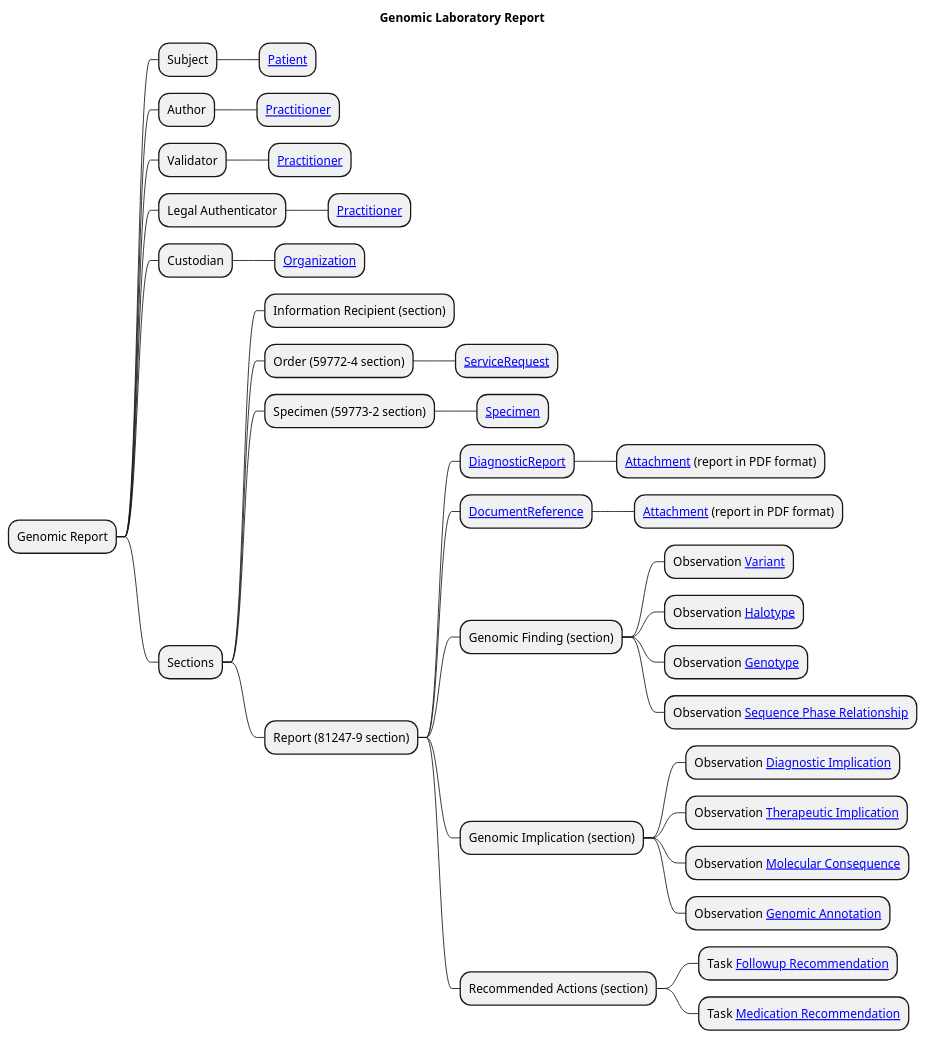
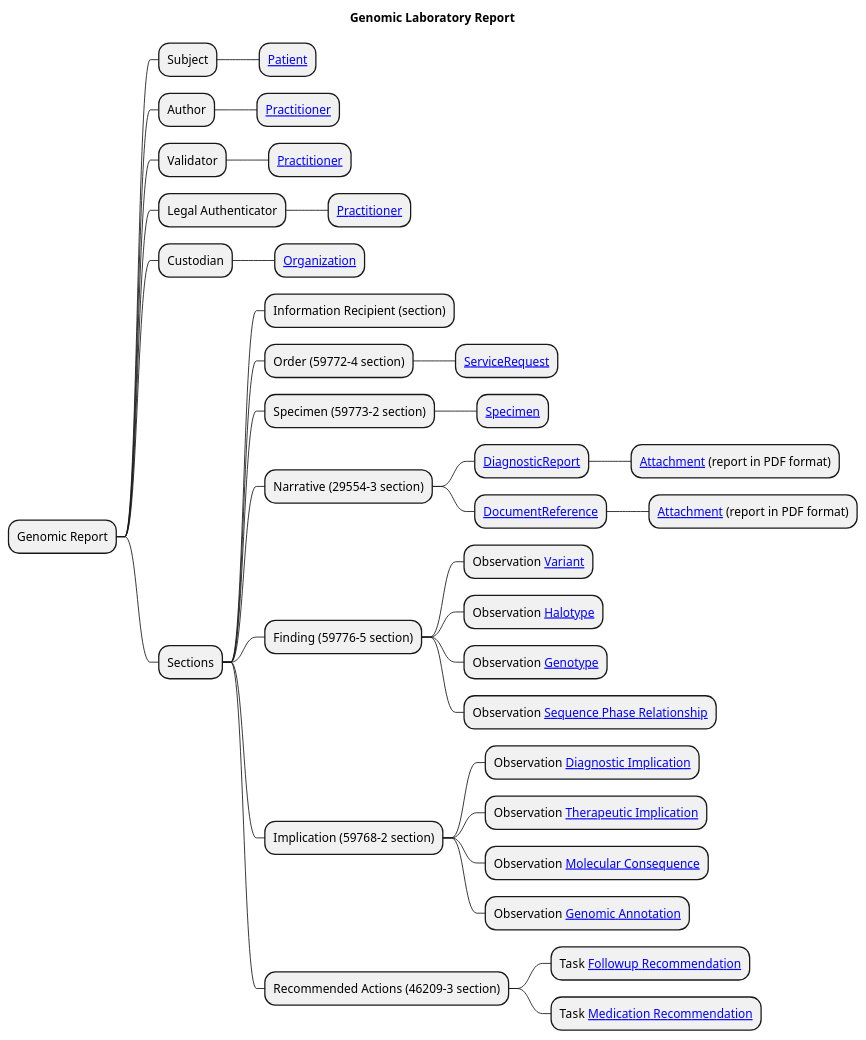
Before and after one commit to nw-gmsa/nw-gmsa.github.com: the diagram in input/images-source/LaboratoryReport-mindmap.plantuml, drawn with PlantUML. The commit also changed 1 other file, not shown here.

Commit message:
Initial elab for Genomic Report

```diff
--- a/input/images-source/LaboratoryReport-mindmap.plantuml
+++ b/input/images-source/LaboratoryReport-mindmap.plantuml
@@ -1,41 +1,41 @@
 @startmindmap
 
 title "Genomic Laboratory Report"
 
 * Genomic Report
 ** Subject
 *** [[StructureDefinition-Patient.html Patient]]
 ** Author
 *** [[StructureDefinition-Practitioner.html Practitioner]]
 ** Validator
 *** [[StructureDefinition-Practitioner.html Practitioner]]
 ** Legal Authenticator
 *** [[StructureDefinition-Practitioner.html Practitioner]]
 ** Custodian
 *** [[StructureDefinition-Organization.html Organization]]
 ** Sections
 *** Information Recipient (section)
 *** Order (59772-4 section)
 **** [[StructureDefinition-ServiceRequest.html ServiceRequest]]
 *** Specimen (59773-2 section)
 **** [[StructureDefinition-Specimen.html Specimen]]
-*** Report (81247-9 section)
+*** Narrative (29554-3 section)
 **** [[StructureDefinition-DiagnosticReport.html DiagnosticReport]]
 ***** [[StructureDefinition-NWAttachment.html Attachment]] (report in PDF format)
 **** [[StructureDefinition-DocumentReference.html DocumentReference]]
 ***** [[StructureDefinition-NWAttachment.html Attachment]] (report in PDF format)
-**** Genomic Finding (section)
-***** Observation [[StructureDefinition-Observation-Variant.html Variant]]
-***** Observation [[http://hl7.org/fhir/uv/genomics-reporting/StructureDefinition/haplotype Halotype]]
-***** Observation [[https://build.fhir.org/ig/HL7/genomics-reporting/StructureDefinition-genotype.html Genotype]]
-***** Observation [[http://hl7.org/fhir/uv/genomics-reporting/StructureDefinition/sequence-phase-relationship Sequence Phase Relationship]]
-**** Genomic Implication (section)
-***** Observation [[StructureDefinition-Observation-DiagnosticImplication.html Diagnostic Implication]]
-***** Observation [[StructureDefinition-Observation-TherapeuticImplication.html Therapeutic Implication]]
-***** Observation [[https://build.fhir.org/ig/HL7/genomics-reporting/StructureDefinition-molecular-consequence.html Molecular Consequence]]
-***** Observation [[https://build.fhir.org/ig/HL7/genomics-reporting/StructureDefinition-genomic-annotation.html Genomic Annotation]]
-**** Recommended Actions (section)
-***** Task [[https://build.fhir.org/ig/HL7/genomics-reporting/StructureDefinition-followup-recommendation.html Followup Recommendation]]
-***** Task [[https://build.fhir.org/ig/HL7/genomics-reporting/StructureDefinition-medication-recommendation.html Medication Recommendation]]
+*** Finding (59776-5 section)
+**** Observation [[StructureDefinition-Observation-Variant.html Variant]]
+**** Observation [[http://hl7.org/fhir/uv/genomics-reporting/StructureDefinition/haplotype Halotype]]
+**** Observation [[https://build.fhir.org/ig/HL7/genomics-reporting/StructureDefinition-genotype.html Genotype]]
+**** Observation [[http://hl7.org/fhir/uv/genomics-reporting/StructureDefinition/sequence-phase-relationship Sequence Phase Relationship]]
+*** Implication (59768-2 section)
+**** Observation [[StructureDefinition-Observation-DiagnosticImplication.html Diagnostic Implication]]
+**** Observation [[StructureDefinition-Observation-TherapeuticImplication.html Therapeutic Implication]]
+**** Observation [[https://build.fhir.org/ig/HL7/genomics-reporting/StructureDefinition-molecular-consequence.html Molecular Consequence]]
+**** Observation [[https://build.fhir.org/ig/HL7/genomics-reporting/StructureDefinition-genomic-annotation.html Genomic Annotation]]
+*** Recommended Actions (46209-3 section)
+**** Task [[https://build.fhir.org/ig/HL7/genomics-reporting/StructureDefinition-followup-recommendation.html Followup Recommendation]]
+**** Task [[https://build.fhir.org/ig/HL7/genomics-reporting/StructureDefinition-medication-recommendation.html Medication Recommendation]]
 
 @endmindmap
```
